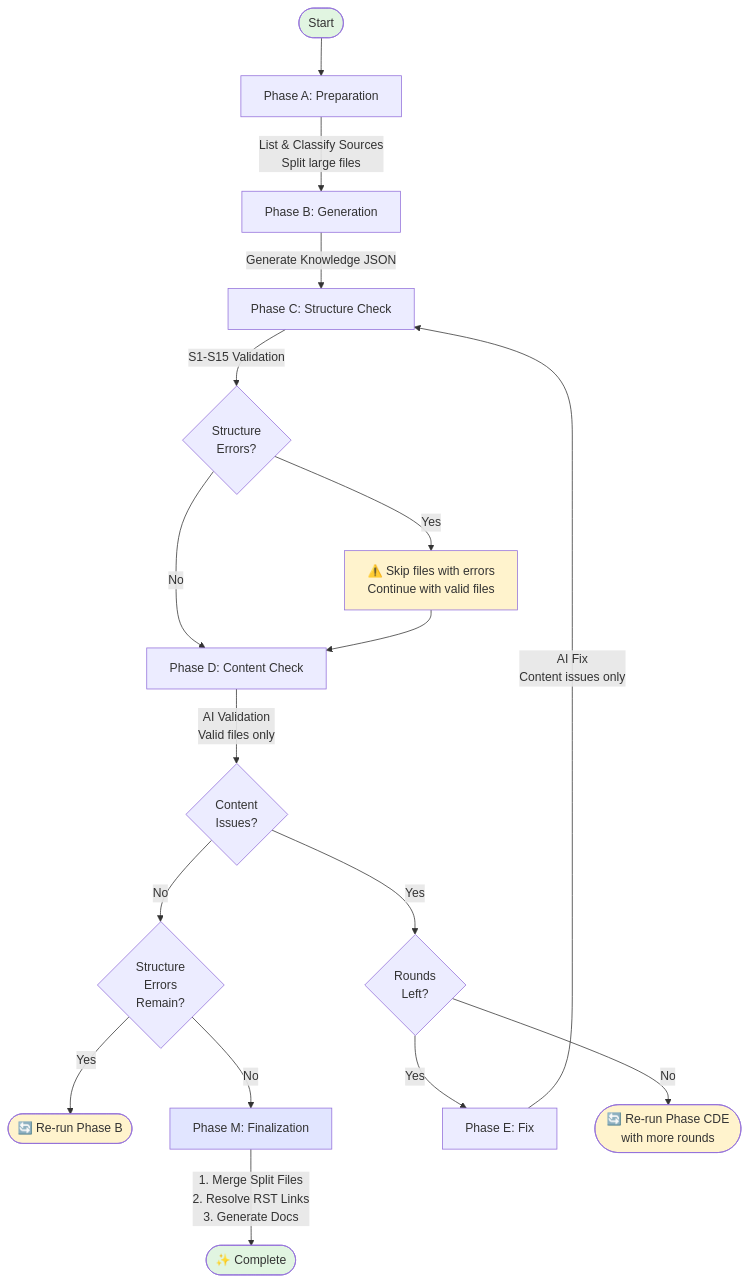
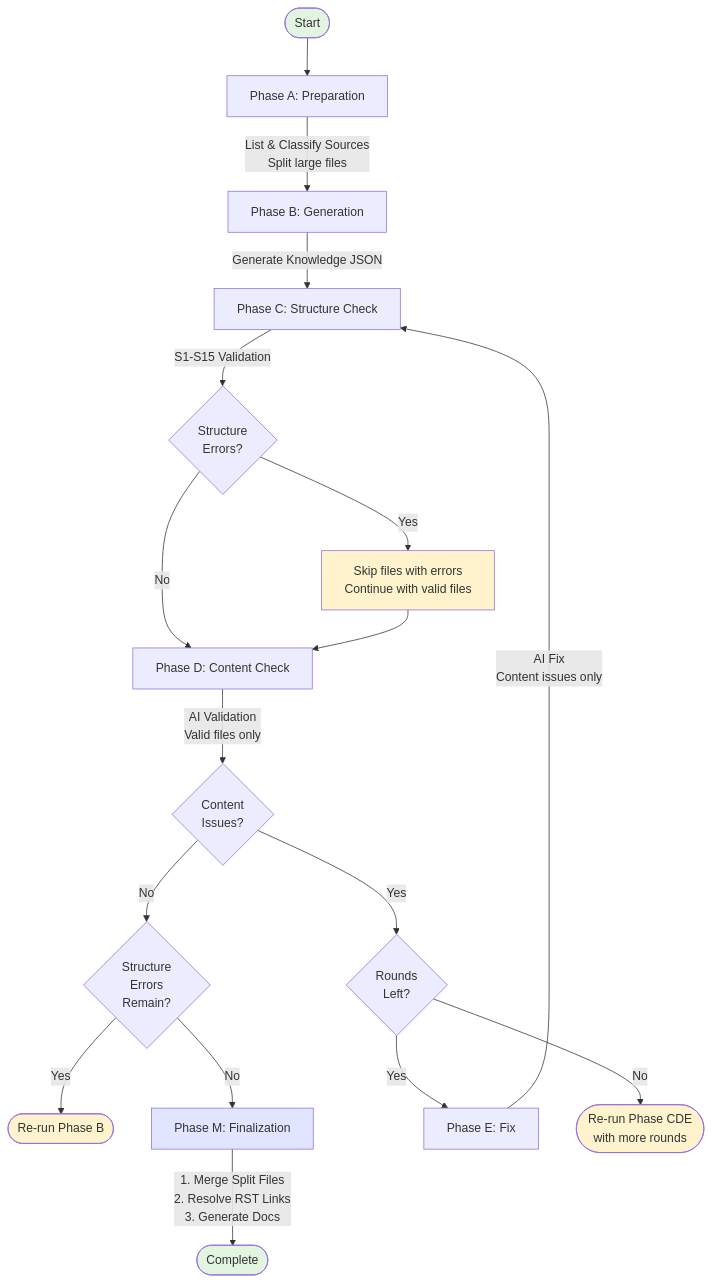
Before and after one commit to nablarch/nabledge-dev: the diagram in tools/knowledge-creator/README.md, drawn with Mermaid. The commit also changed other lines of this file and 10 other files, not shown here.

````diff
--- a/tools/knowledge-creator/README.md
+++ b/tools/knowledge-creator/README.md
@@ -9,26 +85,26 @@
 ```mermaid
 flowchart TD
     Start([Start]) --> A[Phase A: Preparation]
     A --> |List & Classify Sources<br/>Split large files| B[Phase B: Generation]
     B --> |Generate Knowledge JSON| C[Phase C: Structure Check]
     C --> |S1-S15 Validation| PassC{Structure<br/>Errors?}
-    PassC --> |Yes| StructWarn[⚠️ Skip files with errors<br/>Continue with valid files]
+    PassC --> |Yes| StructWarn[Skip files with errors<br/>Continue with valid files]
     PassC --> |No| D[Phase D: Content Check]
     StructWarn --> D
     D --> |AI Validation<br/>Valid files only| PassD{Content<br/>Issues?}
     PassD --> |No| CheckStruct{Structure<br/>Errors<br/>Remain?}
-    CheckStruct --> |Yes| RerunB([🔄 Re-run Phase B])
+    CheckStruct --> |Yes| RerunB([Re-run Phase B])
     CheckStruct --> |No| M[Phase M: Finalization]
     PassD --> |Yes| Round{Rounds<br/>Left?}
     Round --> |Yes| E[Phase E: Fix]
-    Round --> |No| RerunCDE([🔄 Re-run Phase CDE<br/>with more rounds])
+    Round --> |No| RerunCDE([Re-run Phase CDE<br/>with more rounds])
     E --> |AI Fix<br/>Content issues only| C
-    M --> |1. Merge Split Files<br/>2. Resolve RST Links<br/>3. Generate Docs| Complete([✨ Complete])
+    M --> |1. Merge Split Files<br/>2. Resolve RST Links<br/>3. Generate Docs| Complete([Complete])
 
     style Start fill:#e1f5e1
     style Complete fill:#e1f5e1
     style RerunB fill:#fff3cd
     style RerunCDE fill:#fff3cd
     style StructWarn fill:#fff3cd
     style M fill:#e1e5ff
 ```
````
